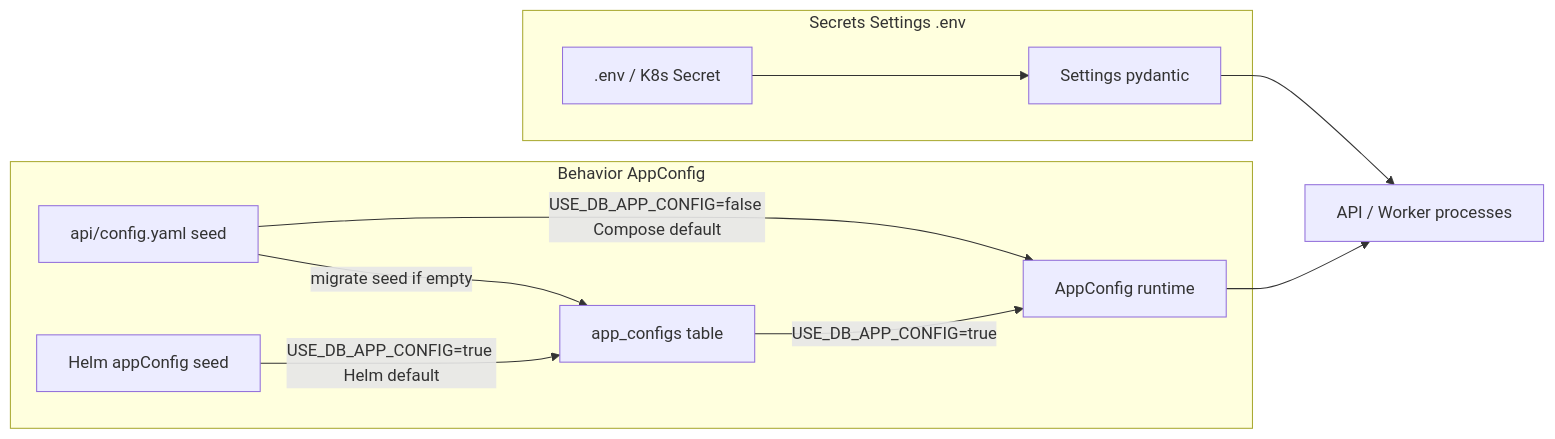
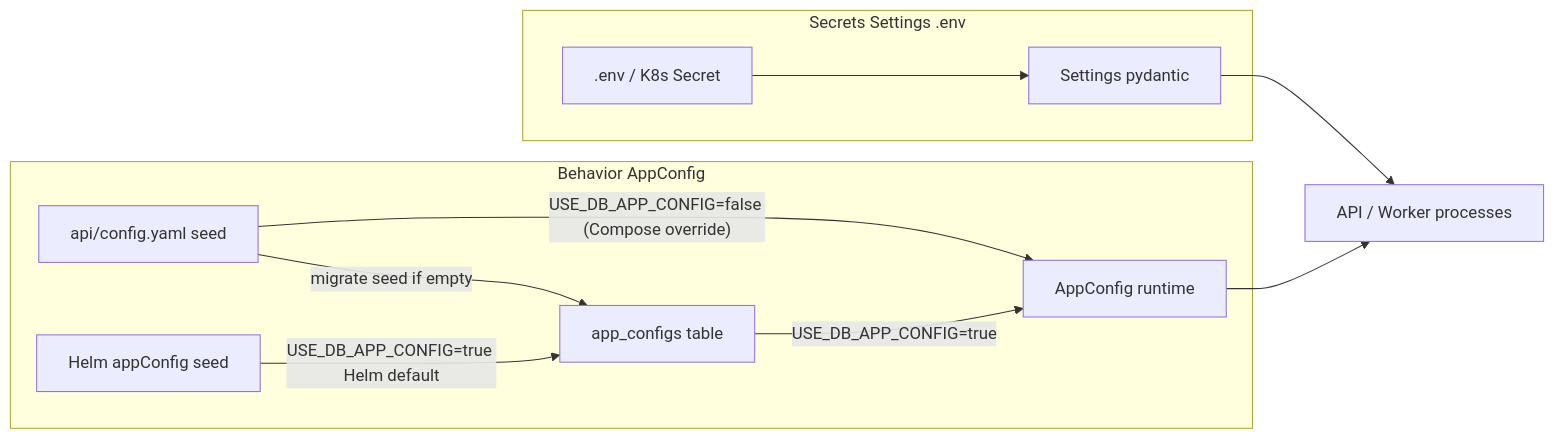
One commit to OceaLong/opencitadel changed the first of 2 diagrams in docs/architecture/config-source-governance.md. Above: the diagram before and after it, drawn with Mermaid. The commit also changed other lines of this file and 61 other files, not shown here.

First line of the commit message:
docs(tutorials): update tutorials to match new LLM endpoint and model configuration flow

````diff
--- a/docs/architecture/config-source-governance.md
+++ b/docs/architecture/config-source-governance.md
@@ -16,20 +16,20 @@
 ```mermaid
 flowchart LR
   subgraph secrets ["Secrets Settings .env"]
     Env[".env / K8s Secret"]
     Settings["Settings pydantic"]
   end
   subgraph behavior ["Behavior AppConfig"]
     Yaml["api/config.yaml seed"]
     Helm["Helm appConfig seed"]
     DB["app_configs table"]
     Runtime["AppConfig runtime"]
   end
   Env --> Settings
-  Yaml -->|"USE_DB_APP_CONFIG=false Compose default"| Runtime
+  Yaml -->|"USE_DB_APP_CONFIG=false (Compose override)"| Runtime
   Yaml -->|"migrate seed if empty"| DB
   Helm -->|"USE_DB_APP_CONFIG=true Helm default"| DB
   DB -->|"USE_DB_APP_CONFIG=true"| Runtime
   Settings --> API["API / Worker processes"]
   Runtime --> API
 ```
````
